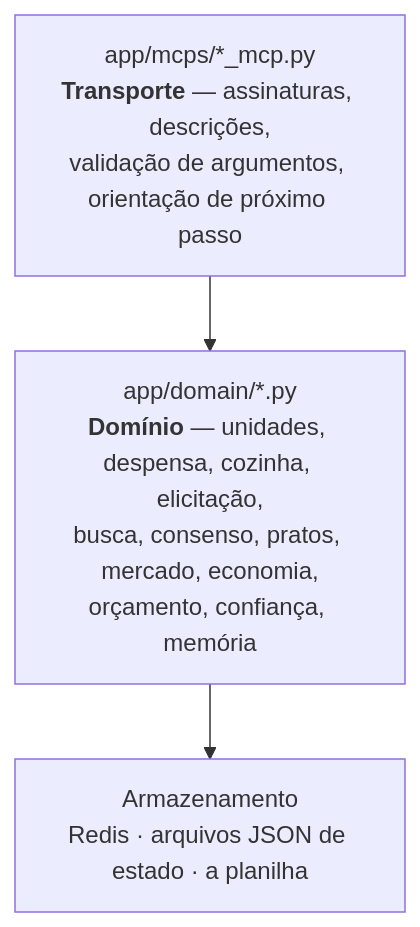
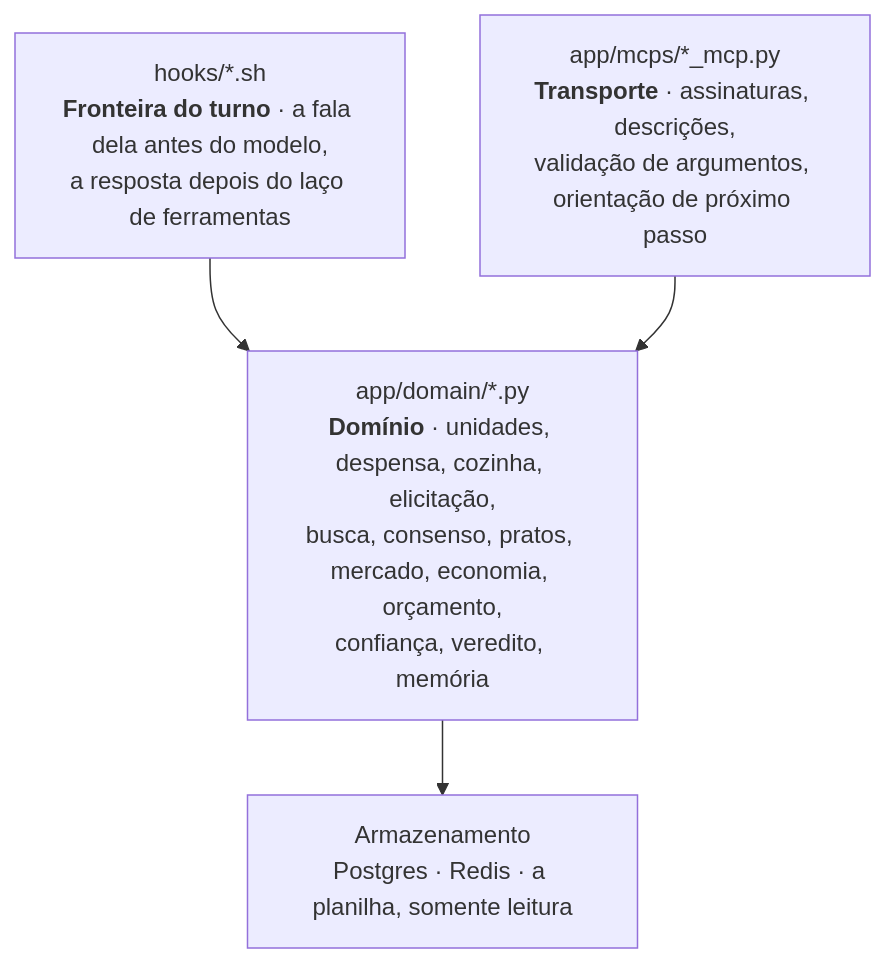
One commit to lrdsouza/jacquinho changed the third of 8 diagrams in README.md. Above: the diagram before and after it, drawn with Mermaid. The commit also changed other lines of this file and 10 other files, not shown here.

````diff
--- a/README.md
+++ b/README.md
@@ -350,7 +432,9 @@
 ```mermaid
 flowchart TD
-    A["app/mcps/*_mcp.py<br/><b>Transporte</b> — assinaturas, descrições,<br/>validação de argumentos, orientação de próximo passo"]
-    B["app/domain/*.py<br/><b>Domínio</b> — unidades, despensa, cozinha, elicitação,<br/>busca, consenso, pratos, mercado, economia,<br/>orçamento, confiança, memória"]
-    C["Armazenamento<br/>Redis · arquivos JSON de estado · a planilha"]
+    H["hooks/*.sh<br/><b>Fronteira do turno</b> · a fala dela antes do modelo,<br/>a resposta depois do laço de ferramentas"]
+    A["app/mcps/*_mcp.py<br/><b>Transporte</b> · assinaturas, descrições,<br/>validação de argumentos, orientação de próximo passo"]
+    B["app/domain/*.py<br/><b>Domínio</b> · unidades, despensa, cozinha, elicitação,<br/>busca, consenso, pratos, mercado, economia, orçamento,<br/>confiança, veredito, memória"]
+    C["Armazenamento<br/>Postgres · Redis · a planilha, somente leitura"]
+    H --> B
     A --> B --> C
 ```
````
